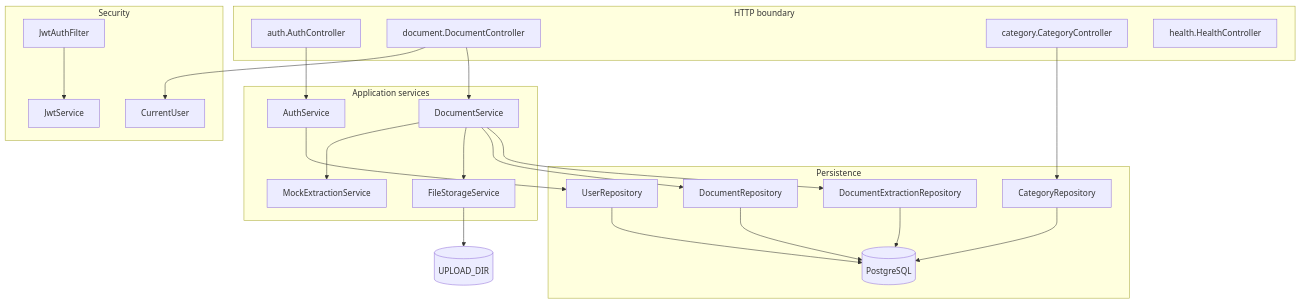
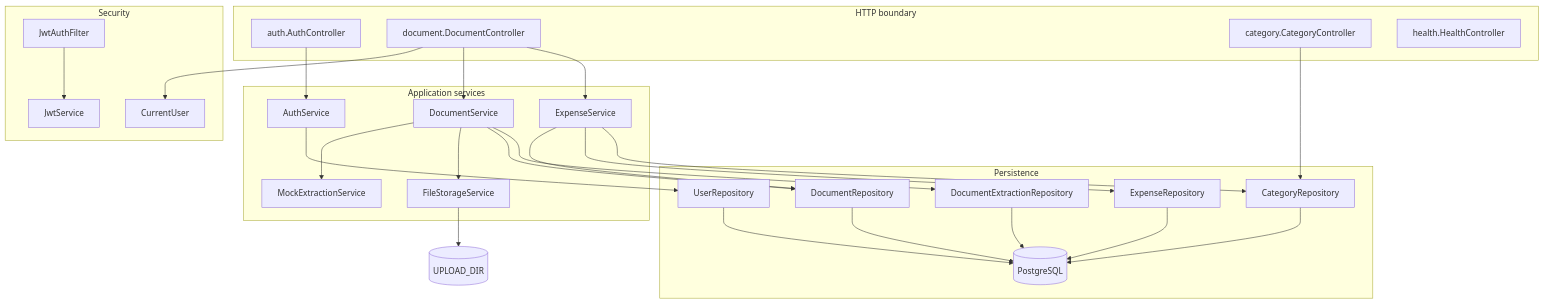
One commit to 22simeon14/finance_tracker changed the third of 6 diagrams in docs/architecture.md. Above: the diagram before and after it, drawn with Mermaid. The commit also changed other lines of this file, not shown here.

````diff
--- a/docs/architecture.md
+++ b/docs/architecture.md
@@ -135,45 +135,52 @@
 ```mermaid
 flowchart TB
     subgraph api ["HTTP boundary"]
         AuthC[auth.AuthController]
         DocC[document.DocumentController]
         CatC[category.CategoryController]
         HealthC[health.HealthController]
     end
 
     subgraph security ["Security"]
         Filter[JwtAuthFilter]
         Jwt[JwtService]
         CU[CurrentUser]
     end
 
     subgraph services ["Application services"]
         AuthS[AuthService]
         DocS[DocumentService]
+        ExpS[ExpenseService]
         Mock[MockExtractionService]
         Files[FileStorageService]
     end
 
     subgraph data ["Persistence"]
         UserR[UserRepository]
         DocR[DocumentRepository]
         ExtR[DocumentExtractionRepository]
+        ExpR[ExpenseRepository]
         CatR[CategoryRepository]
         PG[(PostgreSQL)]
     end
 
     Filter --> Jwt
     AuthC --> AuthS --> UserR
     DocC --> CU
     DocC --> DocS
+    DocC --> ExpS
     DocS --> Mock
     DocS --> Files
     DocS --> DocR
     DocS --> ExtR
+    ExpS --> DocR
+    ExpS --> ExpR
+    ExpS --> CatR
     CatC --> CatR
     UserR --> PG
     DocR --> PG
     ExtR --> PG
+    ExpR --> PG
     CatR --> PG
     Files --> Disk[(UPLOAD_DIR)]
 ```
````
